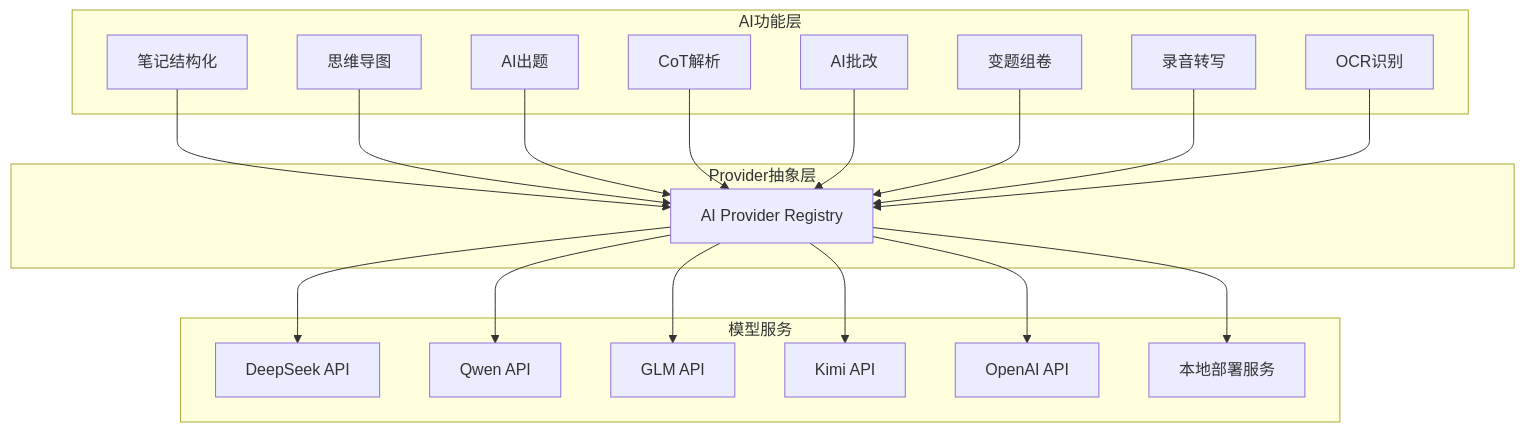
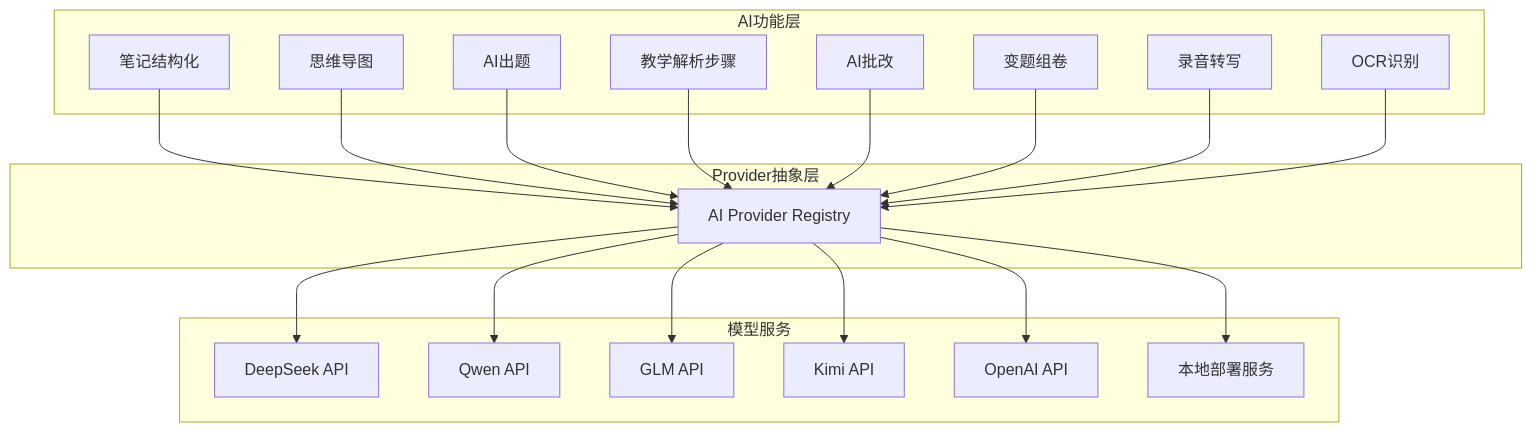
The third of 5 diagrams in docs/ARCHITECTURE.md (everything-is-simple/ai-studybuddy), drawn with Mermaid before and after one commit. The commit also changed other lines of this file and 9 other files, not shown here.

````diff
--- a/docs/ARCHITECTURE.md
+++ b/docs/ARCHITECTURE.md
@@ -798,41 +798,41 @@
 ```mermaid
 graph TB
     subgraph AI功能层
         F1[笔记结构化]
         F2[思维导图]
         F3[AI出题]
-        F4[CoT解析]
+        F4[教学解析步骤]
         F5[AI批改]
         F6[变题组卷]
         F7[录音转写]
         F8[OCR识别]
     end
 
     subgraph Provider抽象层
         REG[AI Provider Registry]
     end
 
     subgraph 模型服务
         DS[DeepSeek API]
         QW[Qwen API]
         GLM[GLM API]
         KM[Kimi API]
         OPENAI[OpenAI API]
         LOCAL[本地部署服务]
     end
 
     F1 --> REG
     F2 --> REG
     F3 --> REG
     F4 --> REG
     F5 --> REG
     F6 --> REG
     F7 --> REG
     F8 --> REG
     REG --> DS
     REG --> QW
     REG --> GLM
     REG --> KM
     REG --> OPENAI
     REG --> LOCAL
 ```
````
